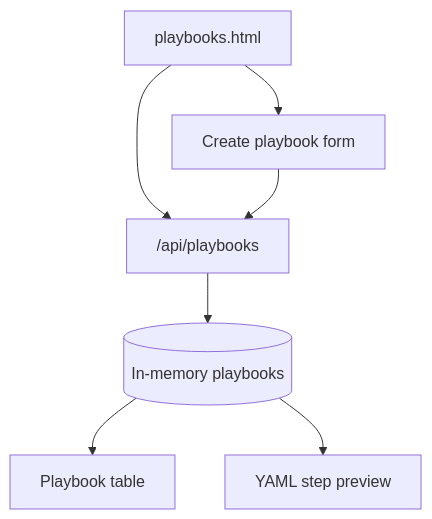
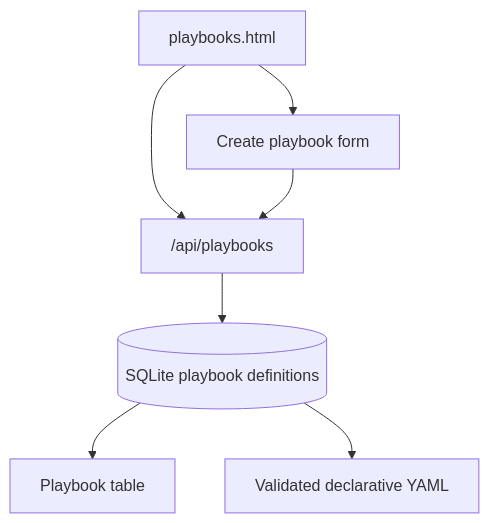
Before and after one commit to Ryner88/Sysethic: diagram 16 of 30 in docs/uml-diagrams.md, drawn with Mermaid. The commit also changed other lines of this file and 8 other files, not shown here.

````diff
--- a/docs/uml-diagrams.md
+++ b/docs/uml-diagrams.md
@@ -426,10 +437,10 @@
 ```mermaid
 flowchart TB
     PlaybooksPage[playbooks.html]
     PlaybooksPage --> PlaybookApi["/api/playbooks"]
-    PlaybookApi --> PlaybookStore[(In-memory playbooks)]
+    PlaybookApi --> PlaybookStore[(SQLite playbook definitions)]
     PlaybooksPage --> CreatePlaybook[Create playbook form]
     CreatePlaybook --> PlaybookApi
     PlaybookStore --> PlaybookTable[Playbook table]
-    PlaybookStore --> YamlSteps[YAML step preview]
+    PlaybookStore --> SafeYaml[Validated declarative YAML]
 ```
````
